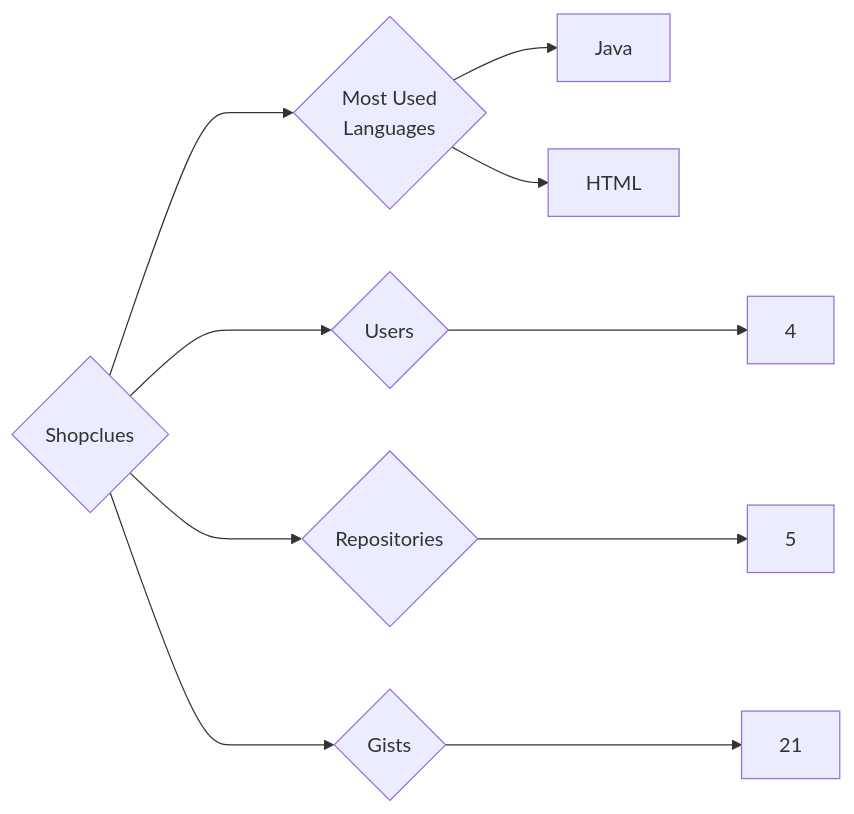
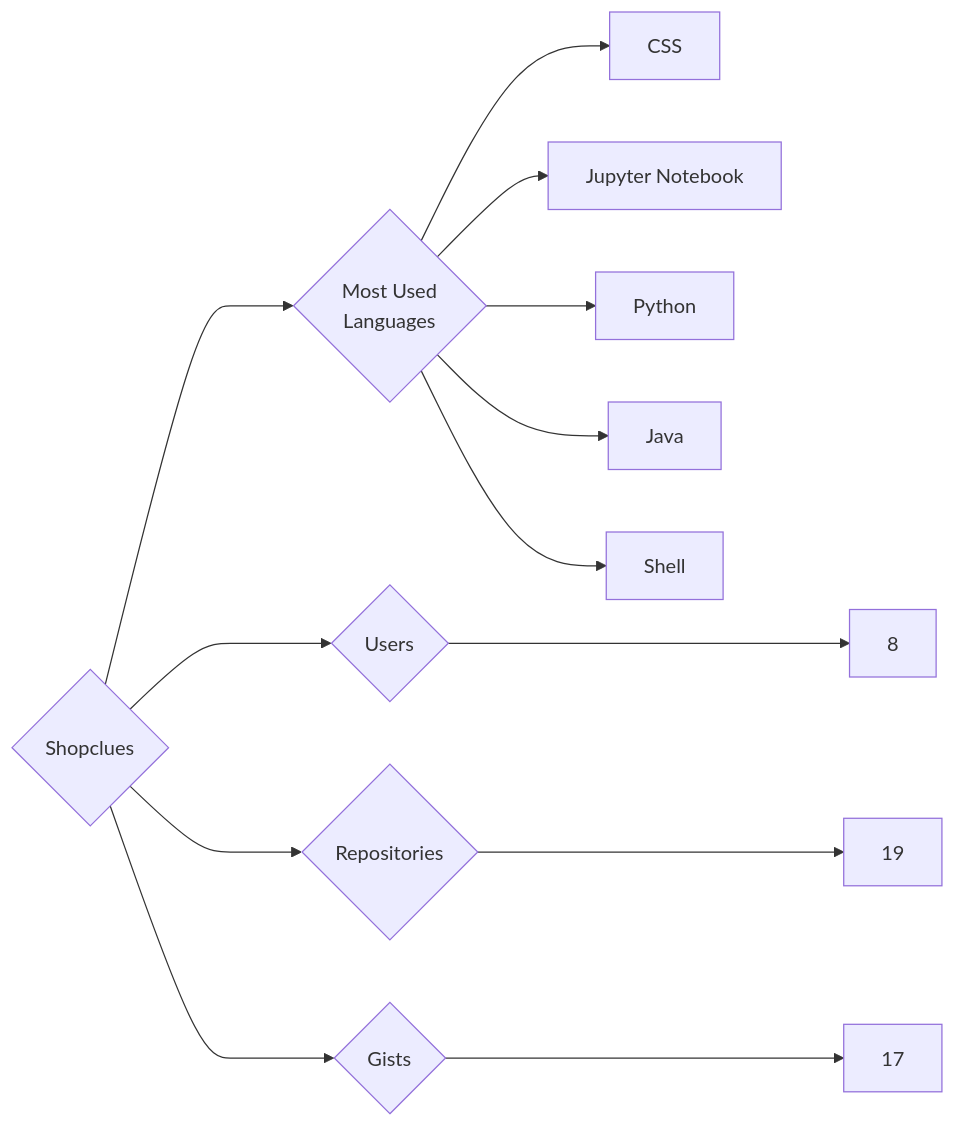
Before and after one commit to trickest/insiders: the diagram in targets/Shopclues/README.md, drawn with Mermaid. The commit also changed 534 other files, not shown here.

````diff
--- a/targets/Shopclues/README.md
+++ b/targets/Shopclues/README.md
@@ -3,10 +3,13 @@
 ```mermaid
 graph LR
 COMPANY_NAME{Shopclues}
-COMPANY_NAME ---> U{Users} ---> UN[4]
-COMPANY_NAME ---> R{Repositories} ---> RN[5]
-COMPANY_NAME ---> G{Gists} ---> GN[21]
+COMPANY_NAME ---> U{Users} ---> UN[8]
+COMPANY_NAME ---> R{Repositories} ---> RN[19]
+COMPANY_NAME ---> G{Gists} ---> GN[17]
 COMPANY_NAME ---> ML{Most Used<br>Languages}
+ML --> CSS[CSS]
+ML --> Jupyter_Notebook[Jupyter Notebook]
+ML --> Python[Python]
 ML --> Java[Java]
-ML --> HTML[HTML]
+ML --> Shell[Shell]
 ```
````
